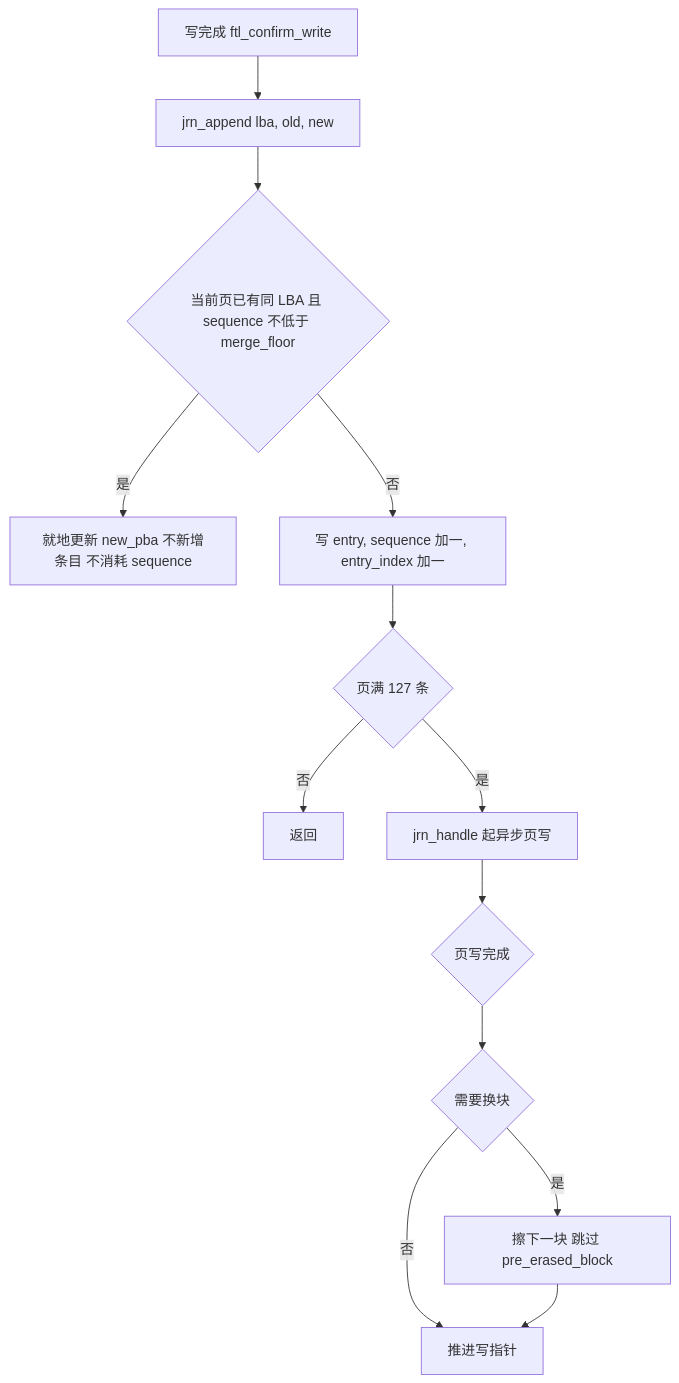
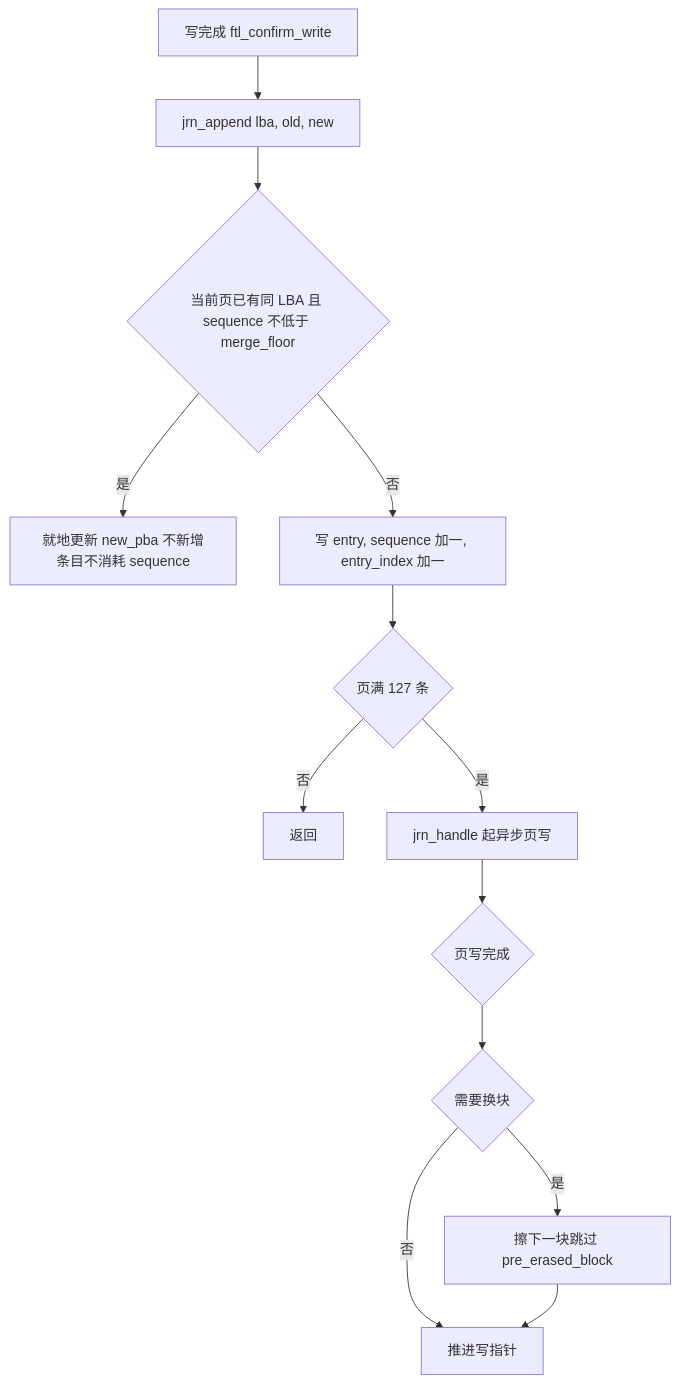
Before and after one commit to YzYMIAO/BASESSD: diagram 15 of 36 in docs/design/ftl_design.md, drawn with Mermaid. The commit also changed other lines of this file and 49 other files, not shown here.

````diff
--- a/docs/design/ftl_design.md
+++ b/docs/design/ftl_design.md
@@ -2499,15 +2425,15 @@
 ```mermaid
 flowchart TD
-    A["写完成 ftl_confirm_write"] --> B["jrn_append lba, old, new"]
-    B --> C{"当前页已有同 LBA 且 sequence 不低于 merge_floor"}
-    C -- "是" --> D["就地更新 new_pba 不新增条目 不消耗 sequence"]
-    C -- "否" --> E["写 entry, sequence 加一, entry_index 加一"]
-    E --> F{"页满 127 条"}
-    F -- "否" --> G["返回"]
-    F -- "是" --> H["jrn_handle 起异步页写"]
-    H --> I{"页写完成"}
-    I --> J{"需要换块"}
-    J -- "否" --> K["推进写指针"]
-    J -- "是" --> L["擦下一块 跳过 pre_erased_block"]
-    L --> K
+ A["写完成 ftl_confirm_write"] --> B["jrn_append lba, old, new"]
+ B --> C{"当前页已有同 LBA 且 sequence 不低于 merge_floor"}
+ C -- "是" --> D["就地更新 new_pba 不新增条目不消耗 sequence"]
+ C -- "否" --> E["写 entry, sequence 加一, entry_index 加一"]
+ E --> F{"页满 127 条"}
+ F -- "否" --> G["返回"]
+ F -- "是" --> H["jrn_handle 起异步页写"]
+ H --> I{"页写完成"}
+ I --> J{"需要换块"}
+ J -- "否" --> K["推进写指针"]
+ J -- "是" --> L["擦下一块跳过 pre_erased_block"]
+ L --> K
 ```
````
